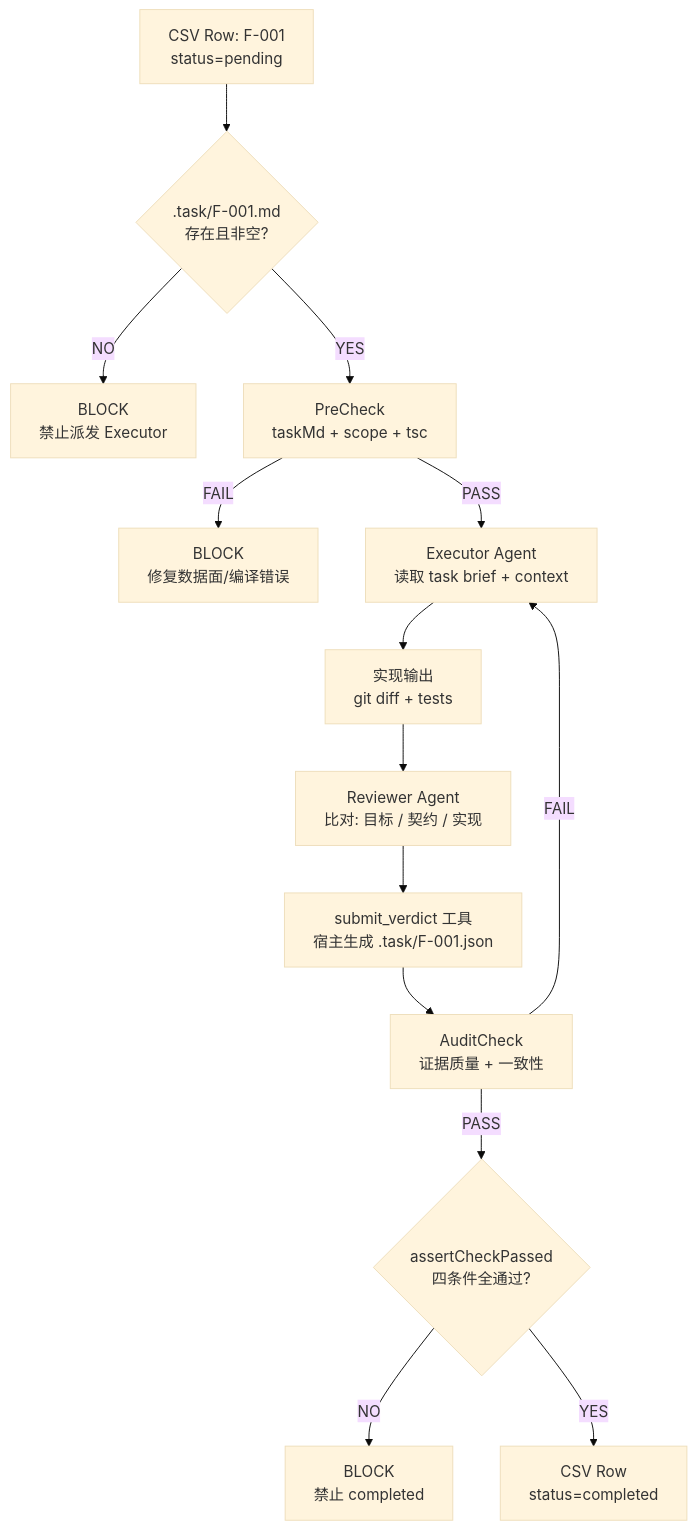
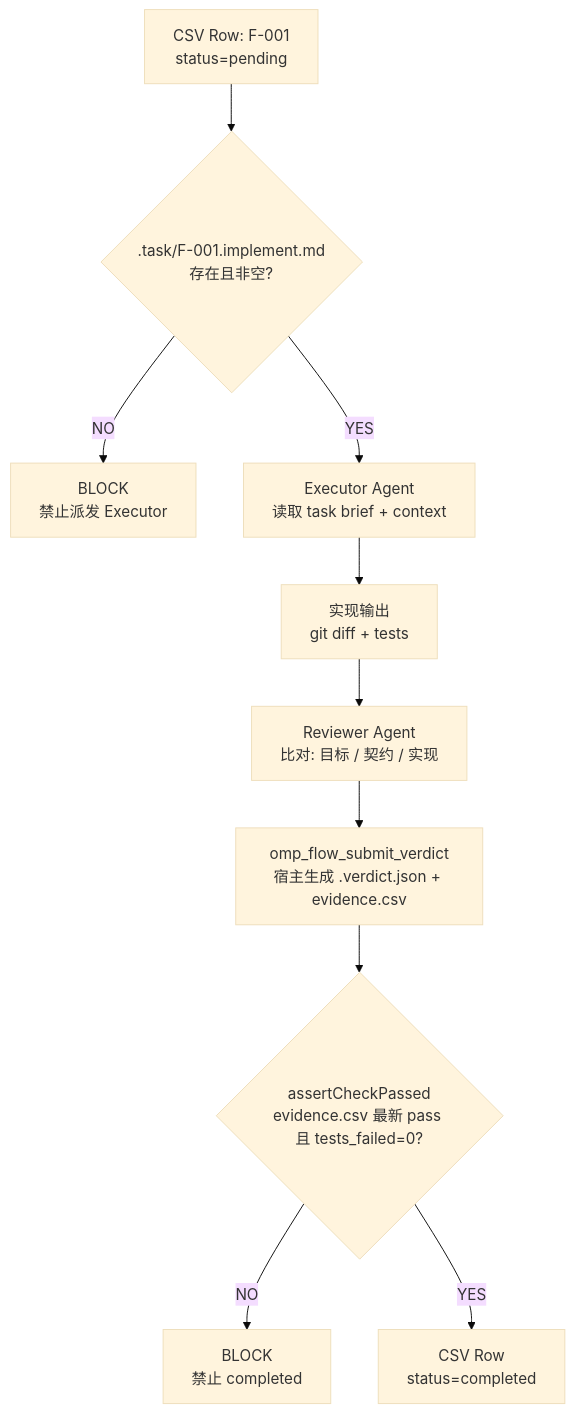
One commit to Andyduck-ops/omp-flow changed the second of 5 diagrams in README.md. Above: the diagram before and after it, drawn with Mermaid (base theme). The commit also changed other lines of this file, not shown here.

````diff
--- a/README.md
+++ b/README.md
@@ -352,22 +353,16 @@
 ```mermaid
 flowchart TB
-    Row["CSV Row: F-001<br/>status=pending"] --> MD{".task/F-001.md<br/>存在且非空?"}
+    Row["CSV Row: F-001<br/>status=pending"] --> MD{".task/F-001.implement.md<br/>存在且非空?"}
 
     MD -- NO --> Block1["BLOCK<br/>禁止派发 Executor"]
-    MD -- YES --> Pre["PreCheck<br/>taskMd + scope + tsc"]
-
-    Pre -- FAIL --> Block2["BLOCK<br/>修复数据面/编译错误"]
-    Pre -- PASS --> Exec["Executor Agent<br/>读取 task brief + context"]
+    MD -- YES --> Exec["Executor Agent<br/>读取 task brief + context"]
 
     Exec --> Diff["实现输出<br/>git diff + tests"]
     Diff --> Review["Reviewer Agent<br/>比对: 目标 / 契约 / 实现"]
 
-    Review --> Verdict["submit_verdict 工具<br/>宿主生成 .task/F-001.json"]
-    Verdict --> Audit["AuditCheck<br/>证据质量 + 一致性"]
-
-    Audit -- FAIL --> Exec
-    Audit -- PASS --> Gate{"assertCheckPassed<br/>四条件全通过?"}
+    Review --> Verdict["omp_flow_submit_verdict<br/>宿主生成 .verdict.json + evidence.csv"]
+    Verdict --> Gate{"assertCheckPassed<br/>evidence.csv 最新 pass 且 tests_failed=0?"}
 
     Gate -- NO --> Block3["BLOCK<br/>禁止 completed"]
     Gate -- YES --> DoneRow["CSV Row<br/>status=completed"]
 ```
````
